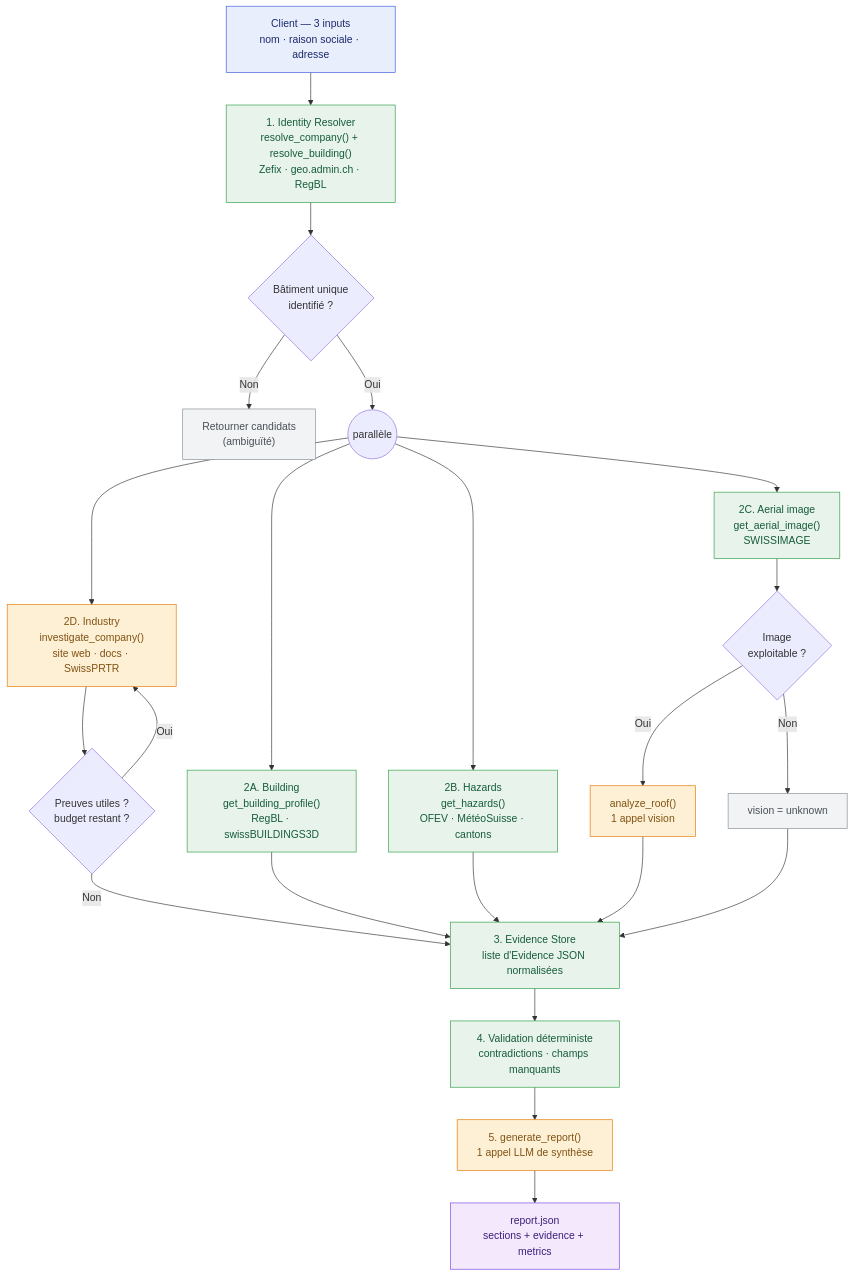
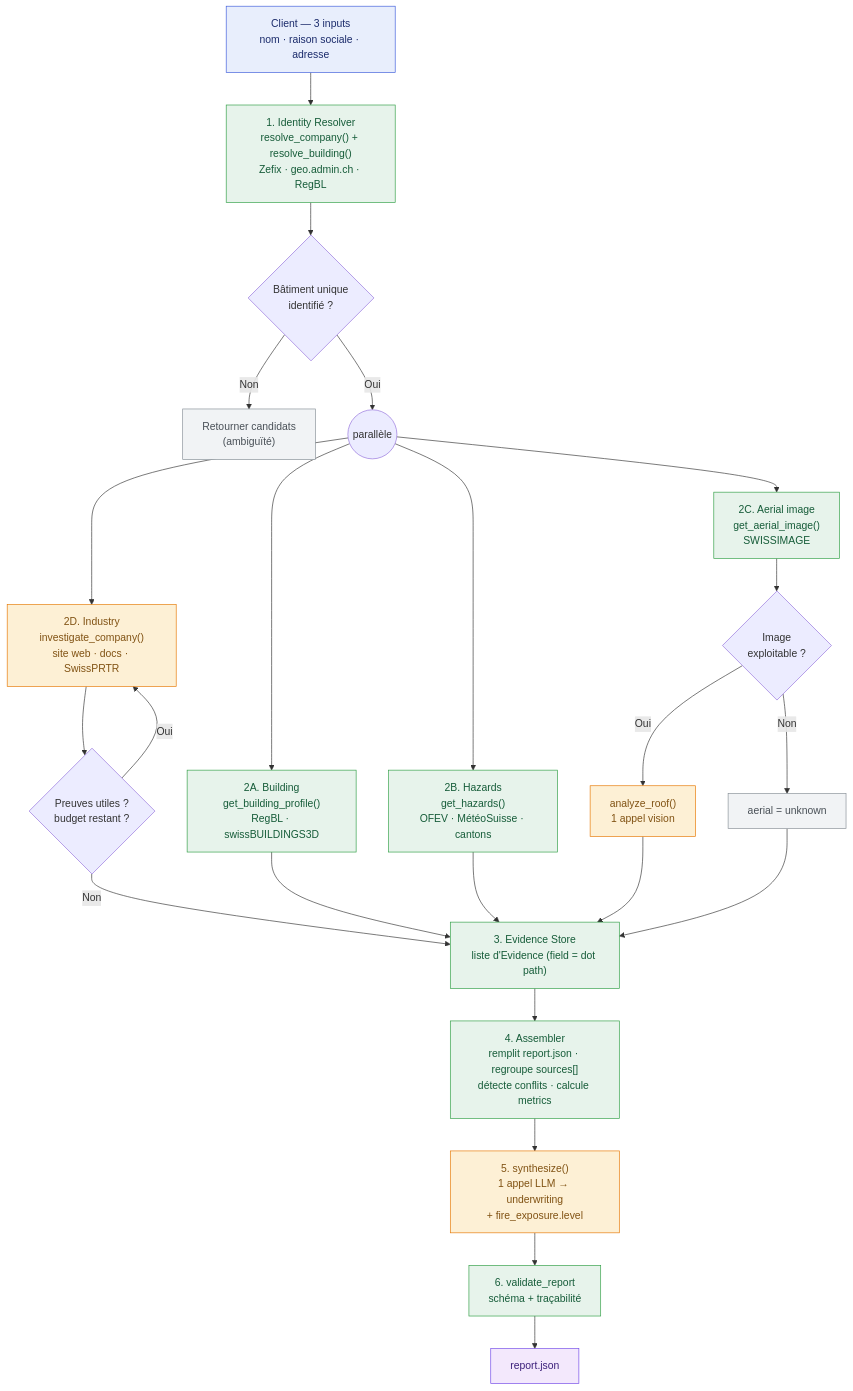
The diagram in README.md (Ylanv/LauzHack), drawn with Mermaid before and after one commit. The commit also changed other lines of this file and 5 other files, not shown here.

First line of the commit message:
Merge JSON output schema v1.0 into project contract

````diff
--- a/README.md
+++ b/README.md
@@ -15,38 +27,39 @@
 ```mermaid
 flowchart TD
     IN["Client — 3 inputs<br/>nom · raison sociale · adresse"]:::input
 
     IN --> ID["1. Identity Resolver<br/>resolve_company() + resolve_building()<br/>Zefix · geo.admin.ch · RegBL"]:::py
     ID --> Q1{"Bâtiment unique<br/>identifié ?"}
     Q1 -- Non --> AMB["Retourner candidats<br/>(ambiguïté)"]:::stop
     Q1 -- Oui --> PAR(("parallèle"))
 
     PAR --> B["2A. Building<br/>get_building_profile()<br/>RegBL · swissBUILDINGS3D"]:::py
     PAR --> H["2B. Hazards<br/>get_hazards()<br/>OFEV · MétéoSuisse · cantons"]:::py
     PAR --> IMG["2C. Aerial image<br/>get_aerial_image()<br/>SWISSIMAGE"]:::py
     PAR --> WEB["2D. Industry<br/>investigate_company()<br/>site web · docs · SwissPRTR"]:::llm
 
     IMG --> Q2{"Image<br/>exploitable ?"}
     Q2 -- Oui --> VIS["analyze_roof()<br/>1 appel vision"]:::llm
-    Q2 -- Non --> VNA["vision = unknown"]:::stop
+    Q2 -- Non --> VNA["aerial = unknown"]:::stop
 
     WEB --> Q3{"Preuves utiles ?<br/>budget restant ?"}
     Q3 -- Oui --> WEB
     Q3 -- Non --> EV
 
     B --> EV
     H --> EV
     VIS --> EV
     VNA --> EV
 
-    EV["3. Evidence Store<br/>liste d'Evidence JSON normalisées"]:::py
-    EV --> VAL["4. Validation déterministe<br/>contradictions · champs manquants"]:::py
-    VAL --> SYN["5. generate_report()<br/>1 appel LLM de synthèse"]:::llm
-    SYN --> OUT["report.json<br/>sections + evidence + metrics"]:::output
+    EV["3. Evidence Store<br/>liste d'Evidence (field = dot path)"]:::py
+    EV --> ASM["4. Assembler<br/>remplit report.json · regroupe sources[]<br/>détecte conflits · calcule metrics"]:::py
+    ASM --> SYN["5. synthesize()<br/>1 appel LLM → underwriting<br/>+ fire_exposure.level"]:::llm
+    SYN --> VAL["6. validate_report<br/>schéma + traçabilité"]:::py
+    VAL --> OUT["report.json"]:::output
 
     classDef input fill:#e8eefc,stroke:#3b5bdb,color:#1b2b6b
     classDef py fill:#e7f3eb,stroke:#2f9e44,color:#165c39
     classDef llm fill:#fdf0d5,stroke:#e67700,color:#805213
     classDef stop fill:#f1f3f5,stroke:#868e96,color:#495057
     classDef output fill:#f3e8fc,stroke:#7048e8,color:#3b1f7a
 ```
````
